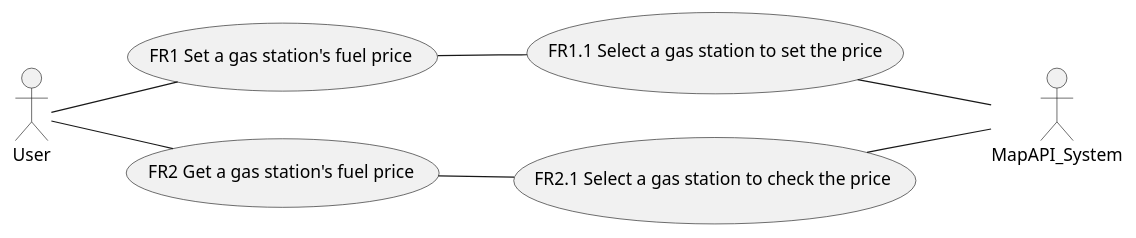
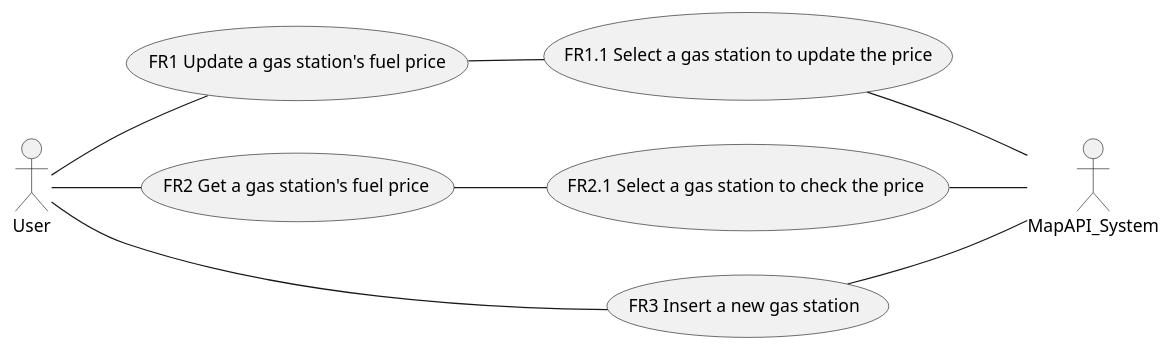
Before and after one commit to SoftengPoliTo/Lab2: the second of 4 diagrams in REQ_s277941.md, drawn with PlantUML. The commit also changed other lines of this file, not shown here.

````diff
--- a/REQ_s277941.md
+++ b/REQ_s277941.md
@@ -59,11 +60,13 @@
 ```plantuml
 left to right direction
 actor User as u
 actor MapAPI_System as map
-u -- (FR1 Set a gas station's fuel price)
+u -- (FR1 Update a gas station's fuel price)
 u -- (FR2 Get a gas station's fuel price)
-(FR1 Set a gas station's fuel price) --(FR1.1 Select a gas station to set the price)
-(FR1.1 Select a gas station to set the price) -- map
+u -- (FR3 Insert a new gas station)
+(FR1 Update a gas station's fuel price) --(FR1.1 Select a gas station to update the price)
+(FR1.1 Select a gas station to update the price) -- map
 (FR2 Get a gas station's fuel price) --(FR2.1 Select a gas station to check the price )
 (FR2.1 Select a gas station to check the price ) -- map
+(FR3 Insert a new gas station) -- map
 ```
````
